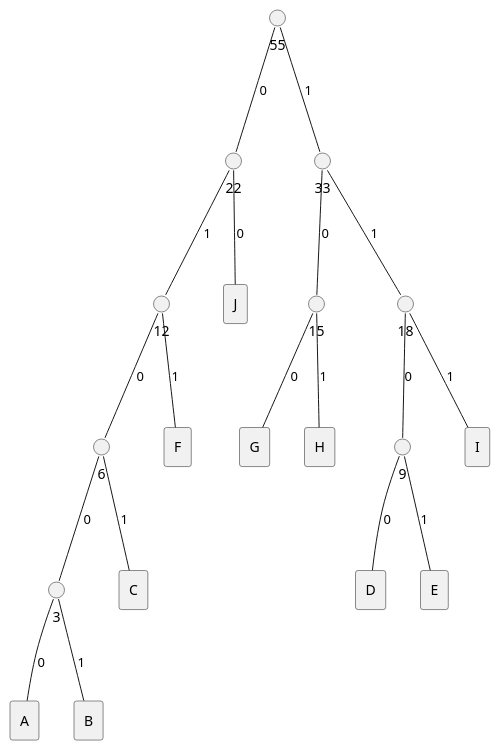
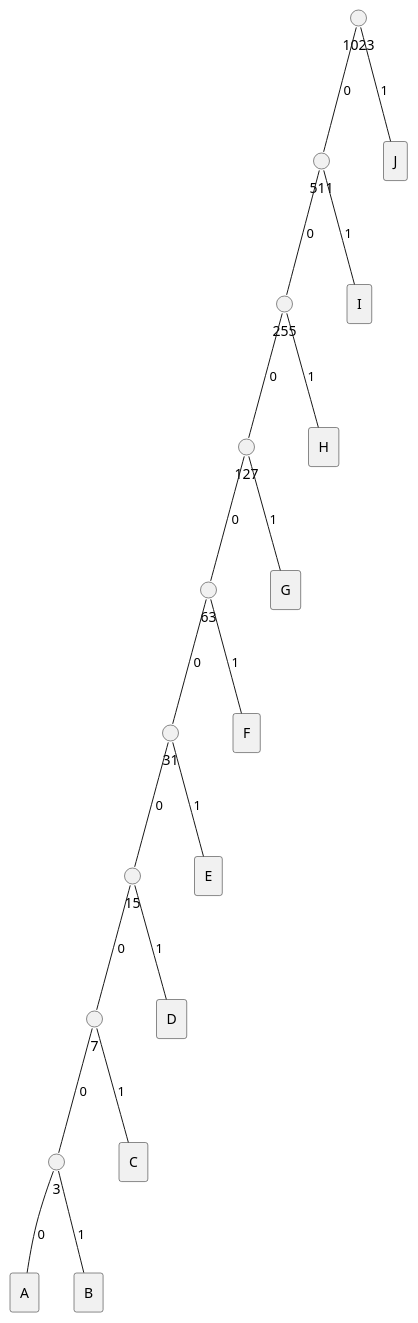
The fourth of 4 diagrams in exercises/chapter-2.org (waridh/sicp), drawn with PlantUML before and after one commit. The commit also changed other lines of this file and 2 other files, not shown here.

```diff
--- a/exercises/chapter-2.org
+++ b/exercises/chapter-2.org
@@ -3904,46 +3926,49 @@
 #+begin_src plantuml :exports results :results file :file ./images/exercise-2.71.svg
 @startuml
-circle 55
-circle 22
-circle 33
-circle 12
+circle 1023
+circle 511
+circle 255
+circle 127
+circle 63
+circle 31
 circle 15
-circle 18
-circle 6
-circle 9
+circle 7
 circle 3
 
 rectangle A
 rectangle B
 rectangle C
 rectangle D
 rectangle E
 rectangle F
 rectangle G
 rectangle H
 rectangle I
 rectangle J
 
-55 --  22: 0
-55 --  33: 1
+1023 --  511: 0
+1023 --  J: 1
 
-22 -- J: 0
-22 -- 12: 1
+511 -- 255: 0
+511 -- I: 1
 
-33 -- 15: 0
-33 -- 18: 1
+255 -- 127: 0
+255 -- H: 1
 
-12 -- 6: 0
-12 -- F: 1
-15 -- G: 0
-15 -- H: 1
-18 -- 9: 0
-18 -- I: 1
-6 -- 3: 0
-6 -- C: 1
-9 -- D: 0
-9 -- E: 1
+127 -- 63: 0
+127 -- G: 1
+
+63 -- 31: 0
+63 -- F: 1
+
+31 -- 15: 0
+31 -- E: 1
+
+15 -- 7: 0
+15 -- D: 1
+7 -- 3: 0
+7 -- C: 1
 3 -- A: 0
 3 -- B: 1
 @enduml
 #+end_src
```
